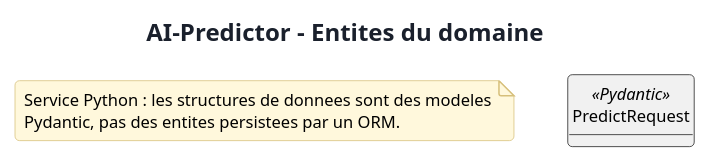
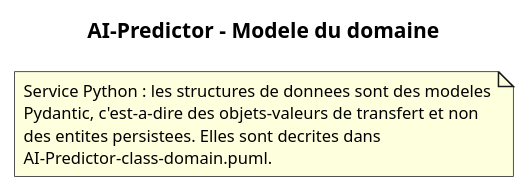
One commit to saber-barhoumi/Xpark-gmao changed the diagram in docs/diagrams/microservices/AI-Predictor/AI-Predictor-entities.puml. Above: the diagram before and after it, drawn with PlantUML. The commit also changed 37 other files, not shown here.

First line of the commit message:
docs(uml): correctifs semantiques sur les diagrammes des microservices

```diff
--- a/docs/diagrams/microservices/AI-Predictor/AI-Predictor-entities.puml
+++ b/docs/diagrams/microservices/AI-Predictor/AI-Predictor-entities.puml
@@ -1,27 +1,20 @@
 @startuml
 skinparam style strictuml
-skinparam backgroundColor #FFFFFF
+skinparam packageStyle rectangle
+skinparam classAttributeIconSize 0
 skinparam shadowing false
 skinparam defaultFontName Verdana
 skinparam defaultFontSize 11
-skinparam roundCorner 6
-skinparam ArrowColor #4A5568
-skinparam TitleFontSize 16
-skinparam TitleFontColor #1A202C
-skinparam NoteBackgroundColor #FFF8DC
-skinparam NoteBorderColor #D6BF7A
-skinparam componentStyle rectangle
+skinparam backgroundColor #FFFFFF
+hide empty members
 
-title AI-Predictor - Entites du domaine
-
-hide empty methods
-skinparam linetype ortho
+title AI-Predictor - Modele du domaine
 
 note as N
   Service Python : les structures de donnees sont des modeles
-  Pydantic, pas des entites persistees par un ORM.
+  Pydantic, c'est-a-dire des objets-valeurs de transfert et non
+  des entites persistees. Elles sont decrites dans
+  AI-Predictor-class-domain.puml.
 end note
 
-class "PredictRequest" as PredictRequest <<Pydantic>>
-
 @enduml
```
